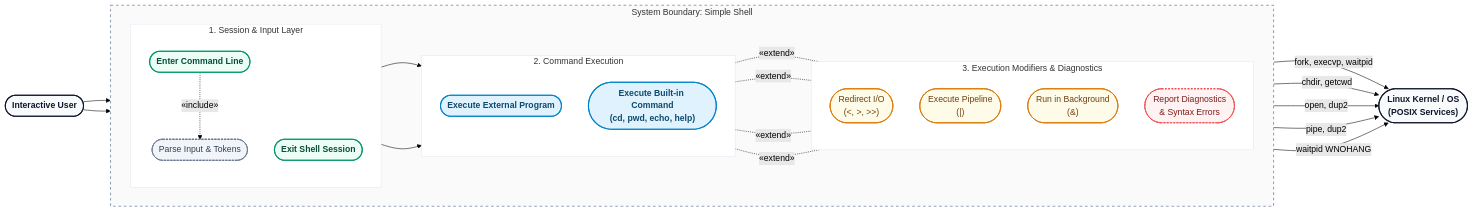
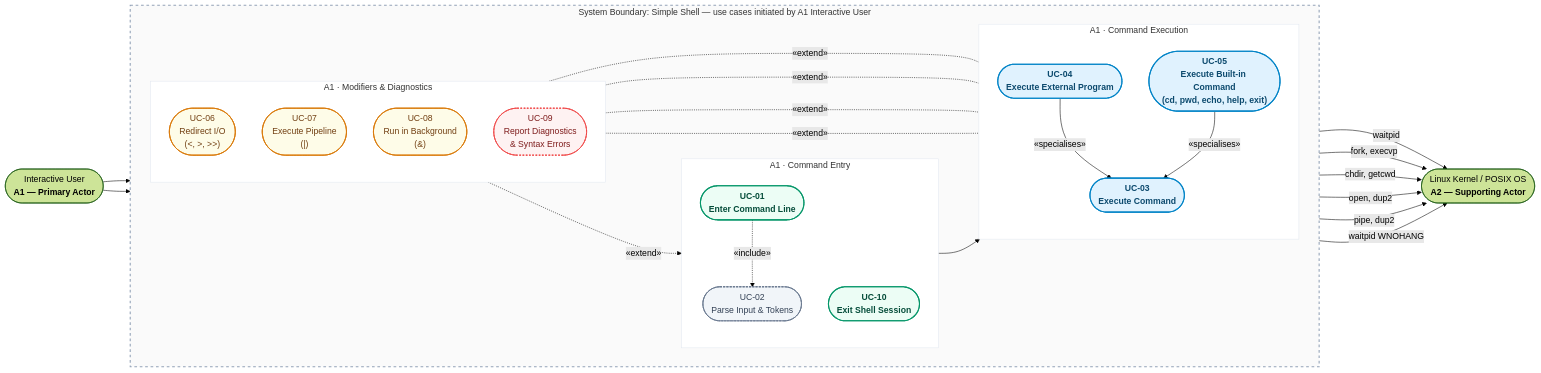
One commit to ShrikarDesai07/simple-shell changed the diagram in docs/Use_Case_Diagram.mmd. Above: the diagram before and after it, drawn with Mermaid (forest theme). The commit also changed 10 other files, not shown here.

First line of the commit message:
docs: complete Phase 1 requirements package

```diff
--- a/docs/Use_Case_Diagram.mmd
+++ b/docs/Use_Case_Diagram.mmd
@@ -1,67 +1,88 @@
 flowchart LR
-    %% Actors
-    User(["Interactive User"]):::actor
-    Kernel(["Linux Kernel / OS<br/>(POSIX Services)"]):::actor
+    %% ============================================================
+    %% Simple Shell - Use Case Diagram (Phase 1 deliverable)
+    %% ---
+    %% ACTOR GROUPING: every use case inside the system boundary is
+    %% initiated by A1 (Interactive User). A2 (Linux Kernel / POSIX OS)
+    %% is a supporting actor that supplies services to those use cases.
+    %% Use case identifiers and relationship semantics are defined in
+    %% Use_Case_Catalog.md.
+    %% ============================================================
 
-    %% System Boundary
-    subgraph Shell ["System Boundary: Simple Shell"]
+    %% ---------- ACTORS ----------
+    User(["Interactive User<br/><b>A1 &mdash; Primary Actor</b>"])
+    Kernel(["Linux Kernel / POSIX OS<br/><b>A2 &mdash; Supporting Actor</b>"])
+
+    %% ---------- SYSTEM BOUNDARY: all use cases belong to A1 ----------
+    subgraph SYS ["System Boundary: Simple Shell &mdash; use cases initiated by A1 Interactive User"]
         direction LR
 
-        subgraph Session ["1. Session & Input Layer"]
+        %% ----- A1, command entry ----- %%
+        subgraph G1 ["A1 &middot; Command Entry"]
             direction TB
-            UC_Enter(["Enter Command Line"]):::primaryUC
-            UC_Parse(["Parse Input & Tokens"]):::supportUC
-            UC_Exit(["Exit Shell Session"]):::primaryUC
+            UC01(["UC-01<br/>Enter Command Line"]):::primaryUC
+            UC02(["UC-02<br/>Parse Input &amp; Tokens"]):::supportUC
+            UC10(["UC-10<br/>Exit Shell Session"]):::primaryUC
         end
 
-        subgraph Execution ["2. Command Execution"]
+        %% ----- A1, execution ----- %%
+        subgraph G2 ["A1 &middot; Command Execution"]
             direction TB
-            UC_External(["Execute External Program"]):::execUC
-            UC_Builtin(["Execute Built-in Command<br/>(cd, pwd, echo, help)"]):::execUC
+            UC03(["UC-03<br/>Execute Command"]):::execUC
+            UC04(["UC-04<br/>Execute External Program"]):::execUC
+            UC05(["UC-05<br/>Execute Built-in Command<br/>(cd, pwd, echo, help, exit)"]):::execUC
         end
 
-        subgraph Modifiers ["3. Execution Modifiers & Diagnostics"]
+        %% ----- A1, modifiers ----- %%
+        subgraph G3 ["A1 &middot; Modifiers &amp; Diagnostics"]
             direction TB
-            UC_Redir(["Redirect I/O<br/>(<, >, >>)"]):::modUC
-            UC_Pipe(["Execute Pipeline<br/>(|)"]):::modUC
-            UC_Bg(["Run in Background<br/>(&)"]):::modUC
-            UC_Error(["Report Diagnostics<br/>& Syntax Errors"]):::errorUC
+            UC06(["UC-06<br/>Redirect I/O<br/>(<, >, >>)"]):::modUC
+            UC07(["UC-07<br/>Execute Pipeline<br/>(|)"]):::modUC
+            UC08(["UC-08<br/>Run in Background<br/>(&amp;)"]):::modUC
+            UC09(["UC-09<br/>Report Diagnostics<br/>&amp; Syntax Errors"]):::errorUC
         end
     end
 
-    %% User Interactions
-    User --> UC_Enter
-    User --> UC_Exit
+    %% ---------- ASSOCIATIONS: actor initiates use case ----------
+    User --> UC01
+    User --> UC10
 
-    %% Core Parsing Inclusion
-    UC_Enter -.->|&laquo;include&raquo;| UC_Parse
+    %% ---------- INCLUDE: always executed as part of the source ----------
+    UC01 -.->|&laquo;include&raquo;| UC02
 
-    %% Command Execution Routing
-    UC_Enter --> UC_External
-    UC_Enter --> UC_Builtin
+    %% ---------- DISPATCH ----------
+    UC01 --> UC03
 
-    %% Execution Modifiers extend External Program
-    UC_External <-.-|&laquo;extend&raquo;| UC_Redir
-    UC_External <-.-|&laquo;extend&raquo;| UC_Pipe
-    UC_External <-.-|&laquo;extend&raquo;| UC_Bg
-    UC_External <-.-|&laquo;extend&raquo;| UC_Error
+    %% ---------- GENERALISATION: child specialises parent ----------
+    UC04 -->|&laquo;specialises&raquo;| UC03
+    UC05 -->|&laquo;specialises&raquo;| UC03
 
-    %% POSIX Kernel Syscall Interfaces
-    UC_External -->|fork, execvp, waitpid| Kernel
-    UC_Builtin -->|chdir, getcwd| Kernel
-    UC_Redir -->|open, dup2| Kernel
-    UC_Pipe -->|pipe, dup2| Kernel
-    UC_Bg -->|waitpid WNOHANG| Kernel
+    %% ---------- EXTEND: optional behaviour added to a complete use case ----------
+    %% Modifiers apply to BOTH external programs and built-ins, so they
+    %% extend the shared parent UC-03 rather than UC-04 alone.
+    UC06 <-.-|&laquo;extend&raquo;| UC03
+    UC07 <-.-|&laquo;extend&raquo;| UC03
+    UC08 <-.-|&laquo;extend&raquo;| UC03
+    UC09 <-.-|&laquo;extend&raquo;| UC03
+    UC09 -.->|&laquo;extend&raquo;| UC02
 
-    %% Visual Styling
+    %% ---------- A2 SUPPORTED SERVICES ----------
+    UC03 -->|waitpid| Kernel
+    UC04 -->|fork, execvp| Kernel
+    UC05 -->|chdir, getcwd| Kernel
+    UC06 -->|open, dup2| Kernel
+    UC07 -->|pipe, dup2| Kernel
+    UC08 -->|waitpid WNOHANG| Kernel
+
+    %% ---------- STYLING ----------
     classDef actor fill:#f8fafc,stroke:#0f172a,stroke-width:2px,font-weight:bold,color:#0f172a;
     classDef primaryUC fill:#ecfdf5,stroke:#059669,stroke-width:2px,font-weight:600,color:#064e3b;
     classDef execUC fill:#e0f2fe,stroke:#0284c7,stroke-width:2px,font-weight:600,color:#0c4a6e;
     classDef supportUC fill:#f1f5f9,stroke:#64748b,stroke-width:1.5px,stroke-dasharray: 4 2,color:#334155;
     classDef modUC fill:#fefce8,stroke:#d97706,stroke-width:1.5px,font-weight:500,color:#713f12;
     classDef errorUC fill:#fef2f2,stroke:#ef4444,stroke-width:1.5px,stroke-dasharray: 3 3,color:#7f1d1d;
 
-    style Shell fill:#fafafa,stroke:#94a3b8,stroke-width:2px,stroke-dasharray: 5 5;
-    style Session fill:#ffffff,stroke:#e2e8f0,stroke-width:1px;
-    style Execution fill:#ffffff,stroke:#e2e8f0,stroke-width:1px;
-    style Modifiers fill:#ffffff,stroke:#e2e8f0,stroke-width:1px;
+    style SYS fill:#fafafa,stroke:#94a3b8,stroke-width:2px,stroke-dasharray: 5 5;
+    style G1 fill:#ffffff,stroke:#e2e8f0,stroke-width:1px;
+    style G2 fill:#ffffff,stroke:#e2e8f0,stroke-width:1px;
+    style G3 fill:#ffffff,stroke:#e2e8f0,stroke-width:1px;
```
